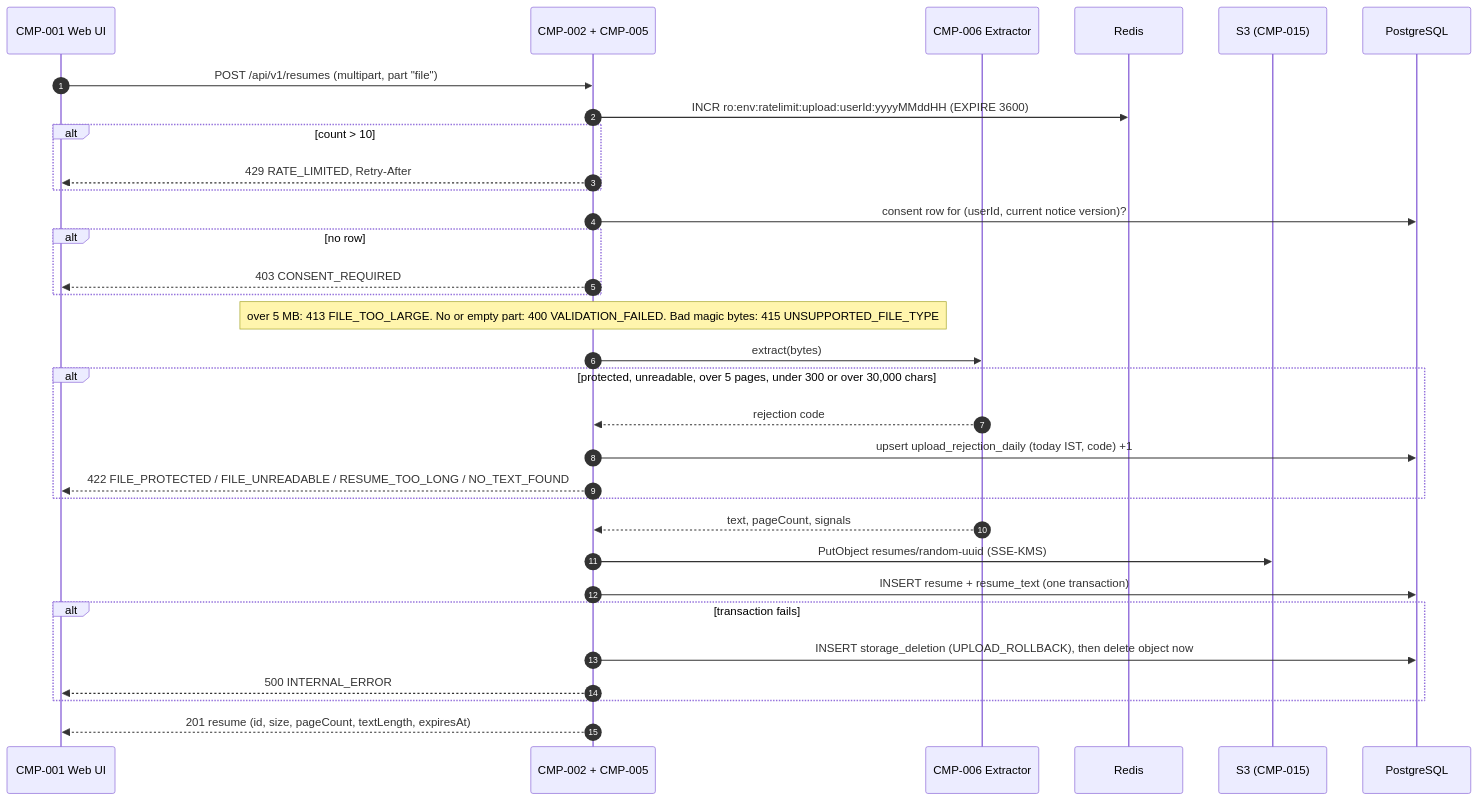
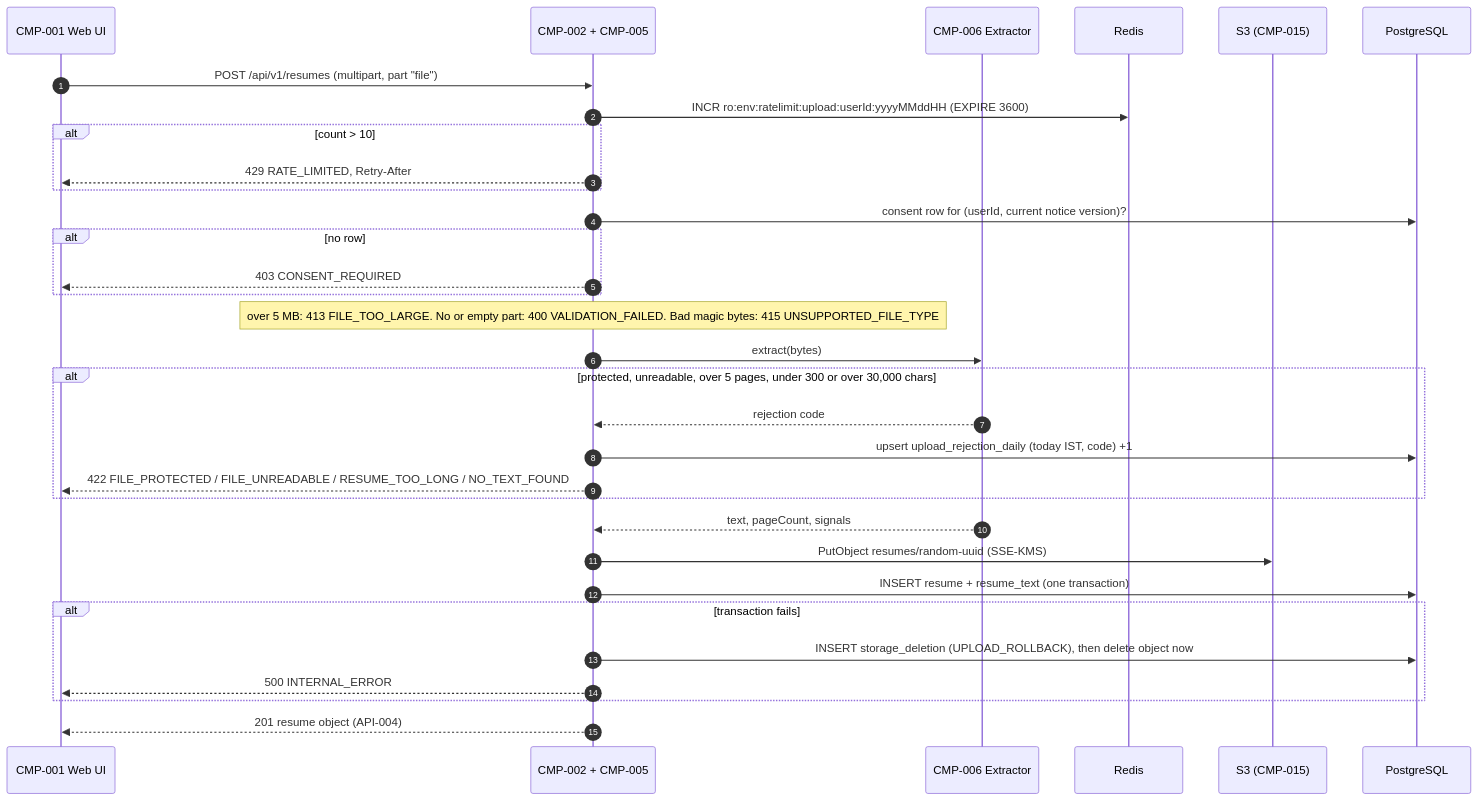
The third of 8 diagrams in sachin/spec.md (divii-school/spec-homework), drawn with Mermaid before and after one commit. The commit also changed other lines of this file and 1 other file, not shown here.

Commit message:
add API design, error codes and traceability matrix; fix build-test gaps (sections 6-7, v0.3)

````diff
--- a/sachin/spec.md
+++ b/sachin/spec.md
@@ -488,34 +488,34 @@
 ```mermaid
 sequenceDiagram
   autonumber
   participant UI as CMP-001 Web UI
   participant API as CMP-002 + CMP-005
   participant EX as CMP-006 Extractor
   participant R as Redis
   participant S3 as S3 (CMP-015)
   participant DB as PostgreSQL
   UI->>API: POST /api/v1/resumes (multipart, part "file")
   API->>R: INCR ro:env:ratelimit:upload:userId:yyyyMMddHH (EXPIRE 3600)
   alt count > 10
     API-->>UI: 429 RATE_LIMITED, Retry-After
   end
   API->>DB: consent row for (userId, current notice version)?
   alt no row
     API-->>UI: 403 CONSENT_REQUIRED
   end
   Note over API: over 5 MB: 413 FILE_TOO_LARGE. No or empty part: 400 VALIDATION_FAILED. Bad magic bytes: 415 UNSUPPORTED_FILE_TYPE
   API->>EX: extract(bytes)
   alt protected, unreadable, over 5 pages, under 300 or over 30,000 chars
     EX-->>API: rejection code
     API->>DB: upsert upload_rejection_daily (today IST, code) +1
     API-->>UI: 422 FILE_PROTECTED / FILE_UNREADABLE / RESUME_TOO_LONG / NO_TEXT_FOUND
   end
   EX-->>API: text, pageCount, signals
   API->>S3: PutObject resumes/random-uuid (SSE-KMS)
   API->>DB: INSERT resume + resume_text (one transaction)
   alt transaction fails
     API->>DB: INSERT storage_deletion (UPLOAD_ROLLBACK), then delete object now
     API-->>UI: 500 INTERNAL_ERROR
   end
-  API-->>UI: 201 resume (id, size, pageCount, textLength, expiresAt)
+  API-->>UI: 201 resume object (API-004)
 ```
````
